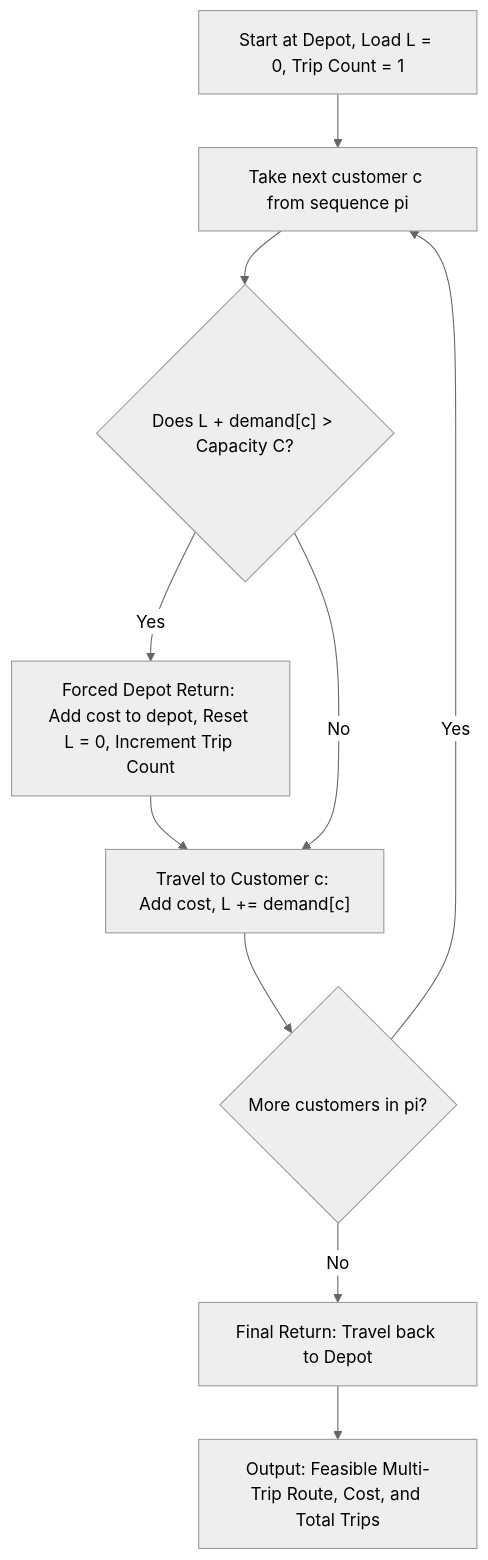
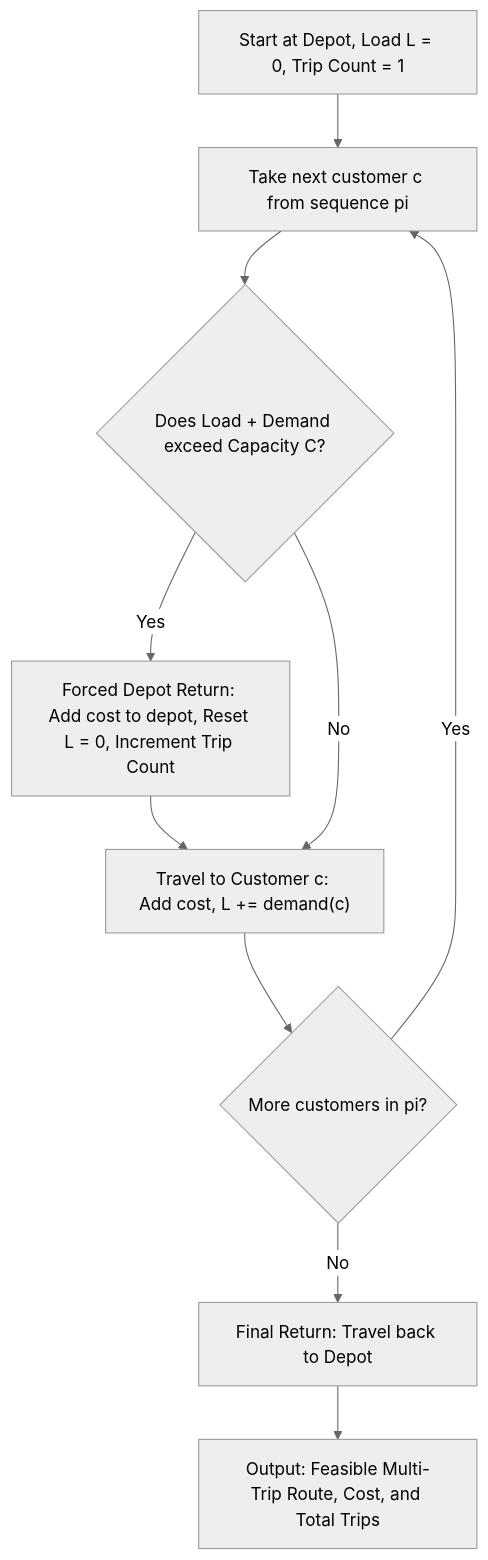
The diagram in docs/algorithms/07_capacity_repair.md (Santhosh-p653/egreen-quanta), drawn with Mermaid (neutral theme) before and after one commit. The commit also changed 48 other files, not shown here.

````diff
--- a/docs/algorithms/07_capacity_repair.md
+++ b/docs/algorithms/07_capacity_repair.md
@@ -43,12 +43,12 @@
 ```mermaid
 flowchart TD
     A["Start at Depot, Load L = 0, Trip Count = 1"] --> B["Take next customer c from sequence pi"]
-    B --> C{"Does L + demand[c] > Capacity C?"}
+    B --> C{"Does Load + Demand exceed Capacity C?"}
     C -- Yes --> D["Forced Depot Return: Add cost to depot, Reset L = 0, Increment Trip Count"]
-    D --> E["Travel to Customer c: Add cost, L += demand[c]"]
+    D --> E["Travel to Customer c: Add cost, L += demand(c)"]
     C -- No --> E
     E --> F{"More customers in pi?"}
     F -- Yes --> B
     F -- No --> G["Final Return: Travel back to Depot"]
     G --> H["Output: Feasible Multi-Trip Route, Cost, and Total Trips"]
 ```
````
